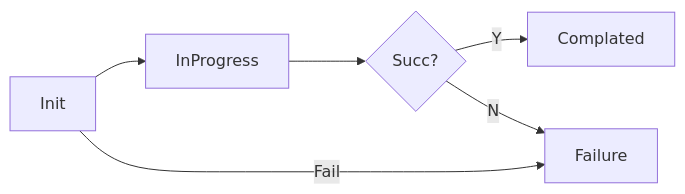
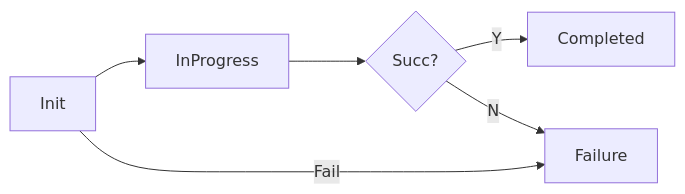
Before and after one commit to kubeedge/kubeedge: the first of 7 diagrams in docs/proposals/sig-node/5999-edge-node-tasks-ststus-enhancement/README.md, drawn with Mermaid. The commit also changed other lines of this file and 21 other files, not shown here.

````diff
--- a/docs/proposals/sig-node/5999-edge-node-tasks-ststus-enhancement/README.md
+++ b/docs/proposals/sig-node/5999-edge-node-tasks-ststus-enhancement/README.md
@@ -30,8 +30,8 @@
 ```mermaid
 graph LR
 A[Init] --> B[InProgress]
 B --> C{Succ?}
-C --> |Y| D[Complated]
+C --> |Y| D[Completed]
 C --> |N| E[Failure]
 A --Fail--> E
 ```
````
